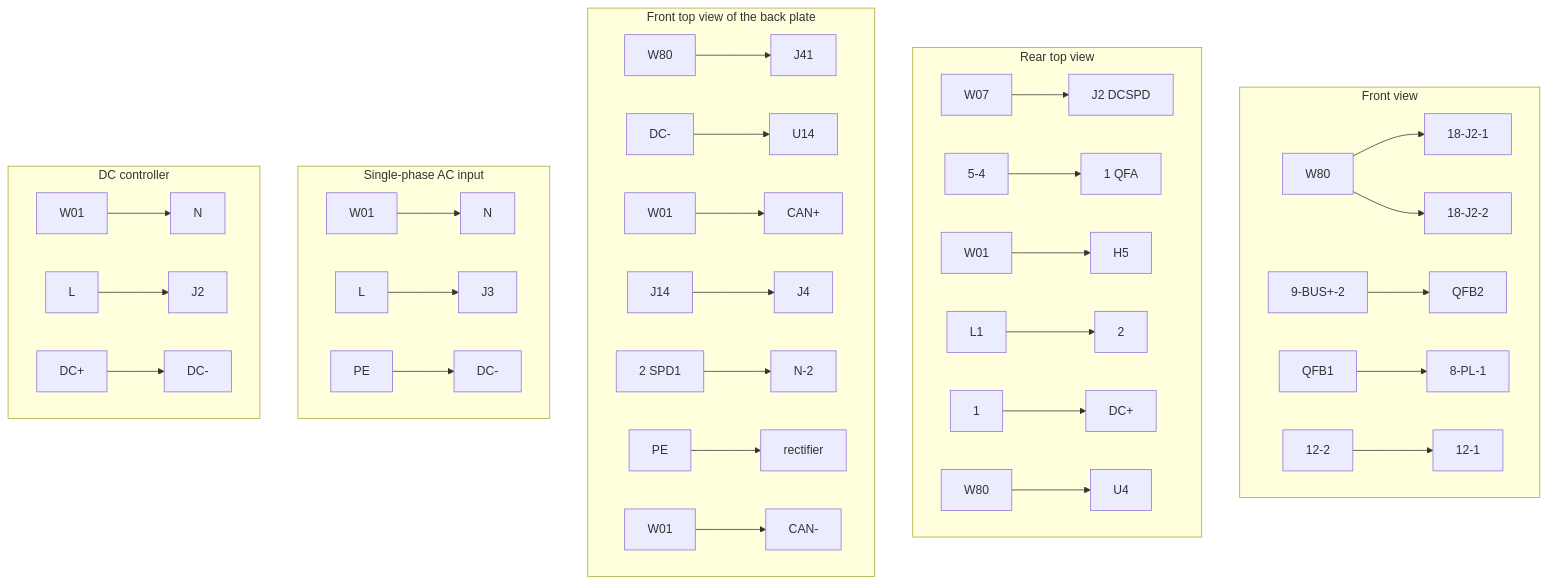
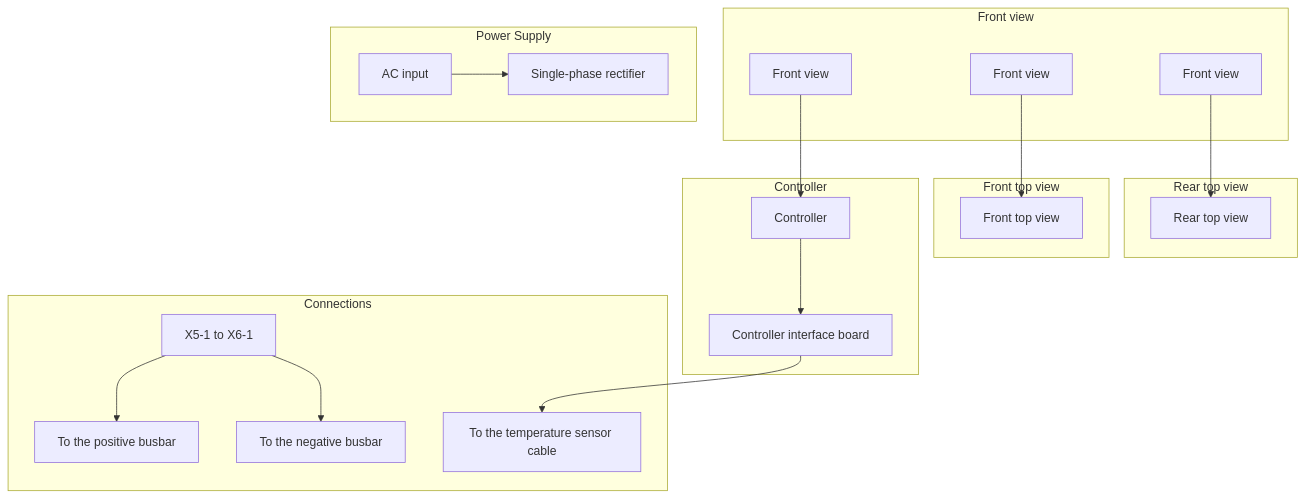
One commit to DucNT17/filling_slot changed diagram 11 of 13 in test_data/NetSure_732_User_Manual.md. Above: the diagram before and after it, drawn with Mermaid. The commit also changed other lines of this file and 10 other files, not shown here.

````diff
--- a/test_data/NetSure_732_User_Manual.md
+++ b/test_data/NetSure_732_User_Manual.md
@@ -1715,41 +1790,42 @@
 ```mermaid
 graph TD
     subgraph "Front view"
-        A[W80] --> B[18-J2-1]
-        A --> C[18-J2-2]
-        D[9-BUS+-2] --> E[QFB2]
-        F[QFB1] --> G[8-PL-1]
-        H[12-2] --> I[12-1]
+        FV1[Front view]
+        FV2[Front view]
+        FV3[Front view]
     end
 
     subgraph "Rear top view"
-        J[W07] --> K[J2 DCSPD]
-        L[5-4] --> M[1 QFA]
-        N[W01] --> O[H5]
-        P[L1] --> Q[2]
-        R[1] --> S[DC+]
-        T[W80] --> U[U4]
+        RTV[Rear top view]
     end
 
-    subgraph "Front top view of the back plate"
-        V[W80] --> W[J41]
-        X[DC-] --> Y[U14]
-        Z[W01] --> AA[CAN+]
-        AB[J14] --> AC[J4]
-        AD[2 SPD1] --> AE[N-2]
-        AF[PE] --> AG[rectifier]
-        AH[W01] --> AI[CAN-]
+    subgraph "Front top view"
+        FTV[Front top view]
     end
 
-    subgraph "Single-phase AC input"
-        AJ[W01] --> AK[N]
-        AL[L] --> AM[J3]
-        AN[PE] --> AO[DC-]
+    subgraph "Controller"
+        C1[Controller]
+        C2[Controller interface board]
     end
 
-    subgraph "DC controller"
-        AP[W01] --> AQ[N]
-        AR[L] --> AS[J2]
-        AT[DC+] --> AU[DC-]
+    subgraph "Power Supply"
+        PS1[AC input]
+        PS2[Single-phase rectifier]
     end
+
+    subgraph "Connections"
+        CON1[X5-1 to X6-1]
+        CON2[To the positive busbar]
+        CON3[To the negative busbar]
+        CON4[To the temperature sensor cable]
+    end
+
+    FV1 --> RTV
+    FV2 --> FTV
+    FV3 --> C1
+    C1 --> C2
+    PS1 --> PS2
+    CON1 --> CON2
+    CON1 --> CON3
+    C2 --> CON4
 ```
````
